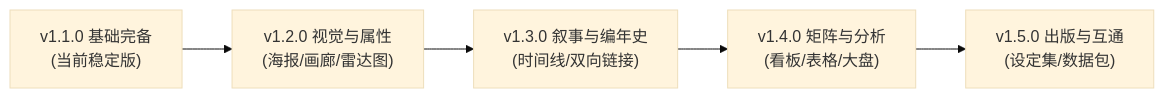
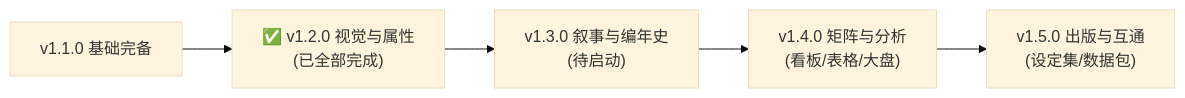
Before and after one commit to vusiif/oc_manager: the diagram in ROADMAP.md, drawn with Mermaid (base theme). The commit also changed other lines of this file and 4 other files, not shown here.

````diff
--- a/ROADMAP.md
+++ b/ROADMAP.md
@@ -10,7 +10,7 @@
 ```mermaid
 flowchart LR
-    M0["v1.1.0 基础完备\n(当前稳定版)"] --> M1["v1.2.0 视觉与属性\n(海报/画廊/雷达图)"]
-    M1 --> M2["v1.3.0 叙事与编年史\n(时间线/双向链接)"]
+    M0["v1.1.0 基础完备"] --> M1["✅ v1.2.0 视觉与属性\n(已全部完成)"]
+    M1 --> M2["v1.3.0 叙事与编年史\n(待启动)"]
     M2 --> M3["v1.4.0 矩阵与分析\n(看板/表格/大盘)"]
     M3 --> M4["v1.5.0 出版与互通\n(设定集/数据包)"]
 ```
````
